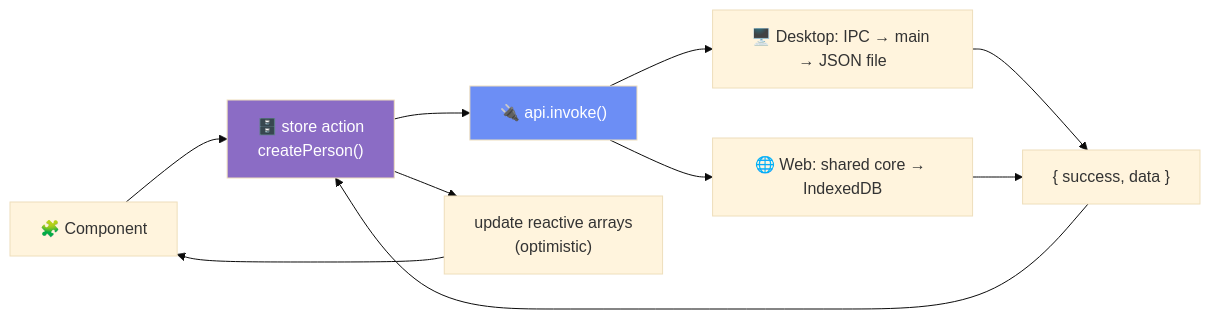
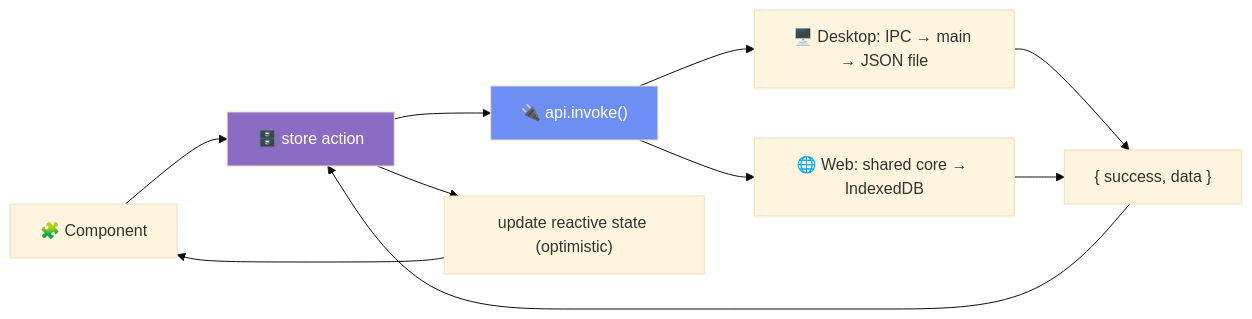
Diagram 11 of 11 in docs/client-structure.md (TommyChan6/ModernFamilyTree), drawn with Mermaid (base theme) before and after one commit. The commit also changed other lines of this file and 7 other files, not shown here.

````diff
--- a/docs/client-structure.md
+++ b/docs/client-structure.md
@@ -266,15 +314,12 @@
 ```mermaid
 flowchart LR
-    Comp["🧩 Component"] --> Action["🗄️ store action<br/>createPerson()"]
+    Comp["🧩 Component"] --> Action["🗄️ store action"]
     Action --> Api["🔌 api.invoke()"]
     Api --> D["🖥️ Desktop: IPC → main → JSON file"]
     Api --> W["🌐 Web: shared core → IndexedDB"]
     D --> Ok["{ success, data }"]
     W --> Ok
-    Ok --> Action
-    Action --> React["update reactive arrays<br/>(optimistic)"]
-    React --> Comp
-
+    Ok --> Action --> React["update reactive state (optimistic)"] --> Comp
     style Action fill:#8b6cc5,color:#fff
     style Api fill:#6c8ef5,color:#fff
 ```
````
